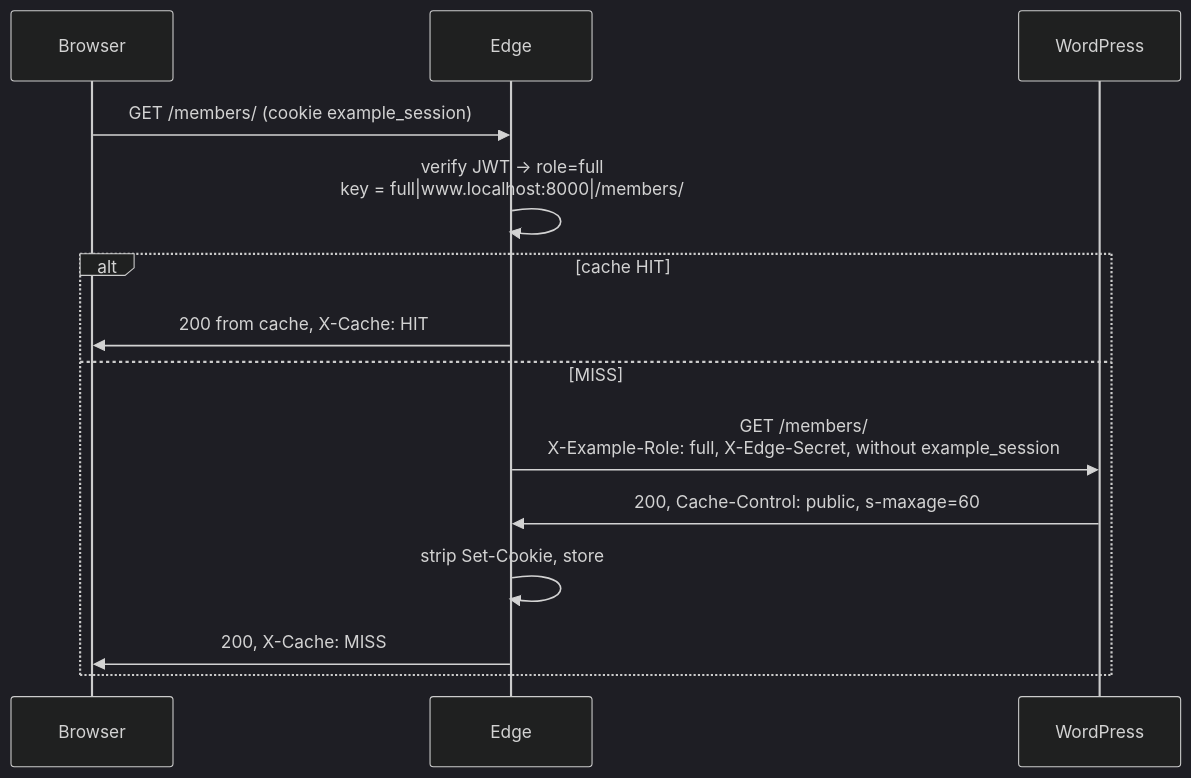
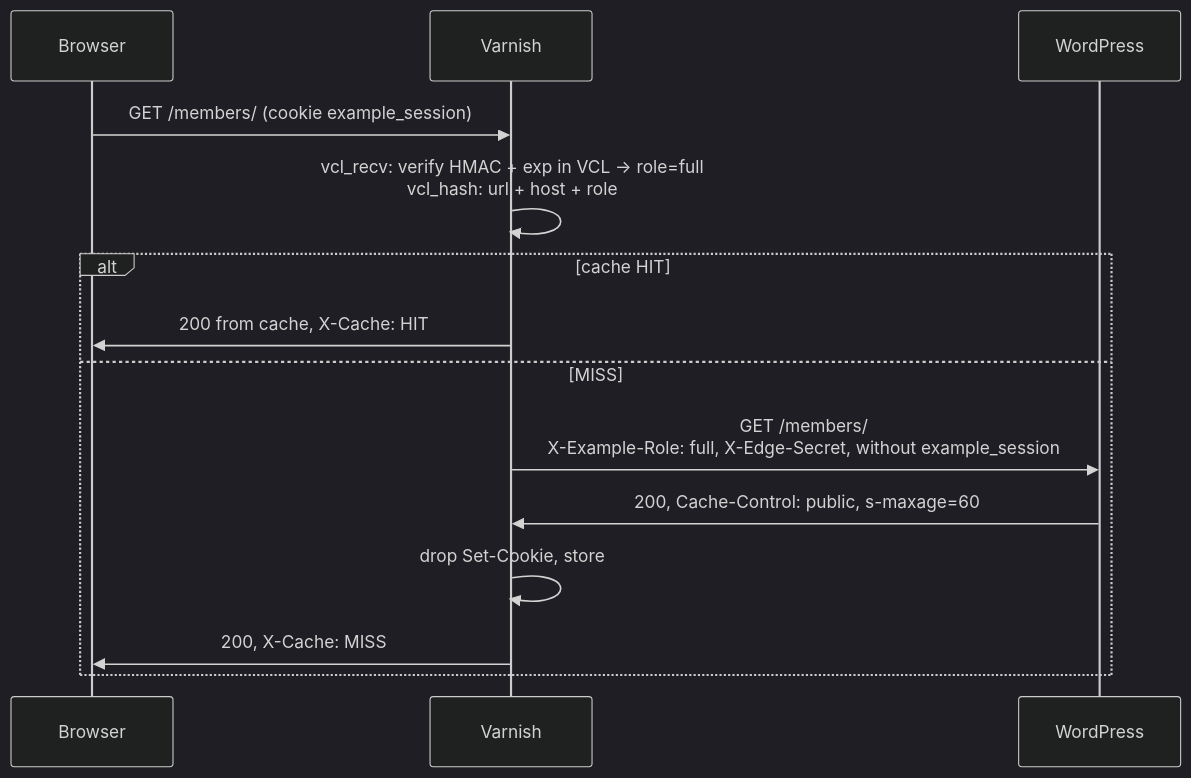
The second of 3 diagrams in README.md (correctiv/oidc-wp-prototype), drawn with Mermaid (dark theme) before and after one commit. The commit also changed other lines of this file and 24 other files, not shown here.

First line of the commit message:
Replace the Node edge with Varnish; shrink Express to an auth service

````diff
--- a/README.md
+++ b/README.md
@@ -93,16 +98,16 @@
 ```mermaid
 sequenceDiagram
     participant B as Browser
-    participant E as Edge
+    participant V as Varnish
     participant W as WordPress
-    B->>E: GET /members/ (cookie example_session)
-    E->>E: verify JWT → role=full<br/>key = full|www.localhost:8000|/members/
+    B->>V: GET /members/ (cookie example_session)
+    V->>V: vcl_recv: verify HMAC + exp in VCL → role=full<br/>vcl_hash: url + host + role
     alt cache HIT
-        E->>B: 200 from cache, X-Cache: HIT
+        V->>B: 200 from cache, X-Cache: HIT
     else MISS
-        E->>W: GET /members/<br/>X-Example-Role: full, X-Edge-Secret, without example_session
-        W->>E: 200, Cache-Control: public, s-maxage=60
-        E->>E: strip Set-Cookie, store
-        E->>B: 200, X-Cache: MISS
+        V->>W: GET /members/<br/>X-Example-Role: full, X-Edge-Secret, without example_session
+        W->>V: 200, Cache-Control: public, s-maxage=60
+        V->>V: drop Set-Cookie, store
+        V->>B: 200, X-Cache: MISS
     end
 ```
````
